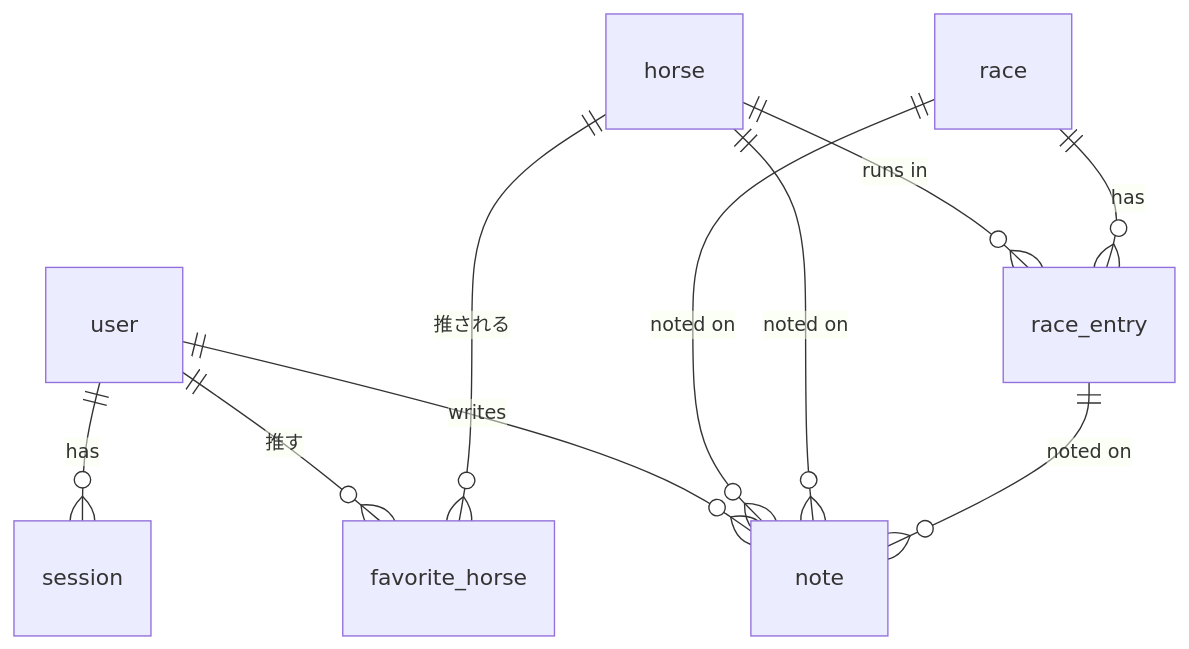
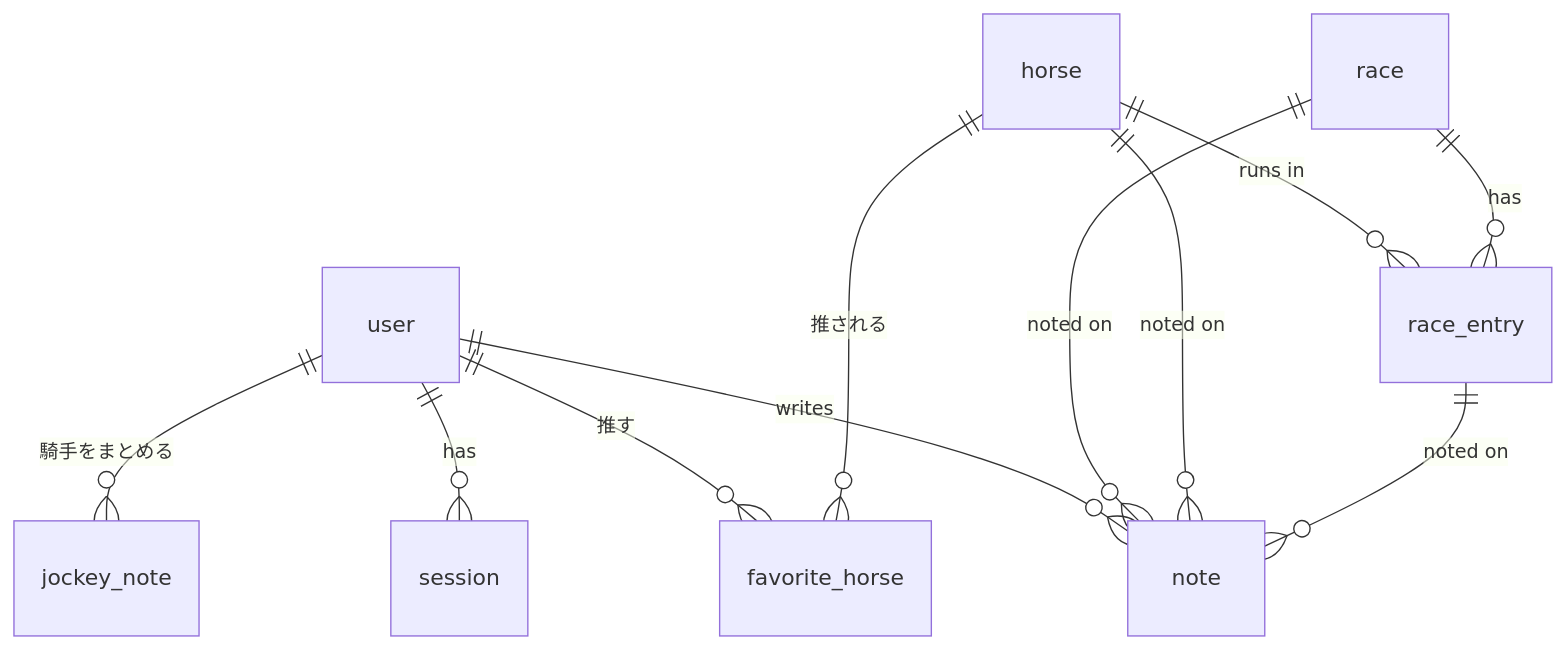
Before and after one commit to Atoyr/keiba-note: the diagram in docs/product.md, drawn with Mermaid. The commit also changed other lines of this file and 3 other files, not shown here.

````diff
--- a/docs/product.md
+++ b/docs/product.md
@@ -345,12 +347,13 @@
 ```mermaid
 erDiagram
     user ||--o{ note : writes
     user ||--o{ session : has
     horse ||--o{ race_entry : "runs in"
     race  ||--o{ race_entry : has
     race  ||--o{ note : "noted on"
     horse ||--o{ note : "noted on"
     race_entry ||--o{ note : "noted on"
     user ||--o{ favorite_horse : "推す"
     horse ||--o{ favorite_horse : "推される"
+    user ||--o{ jockey_note : "騎手をまとめる"
 ```
````
